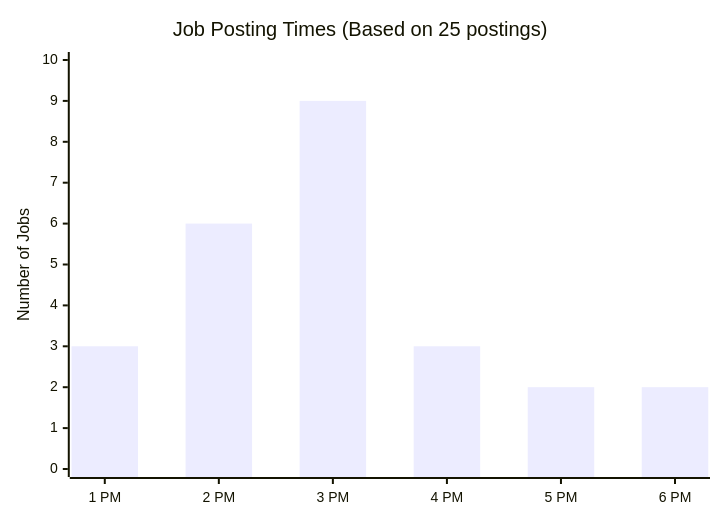
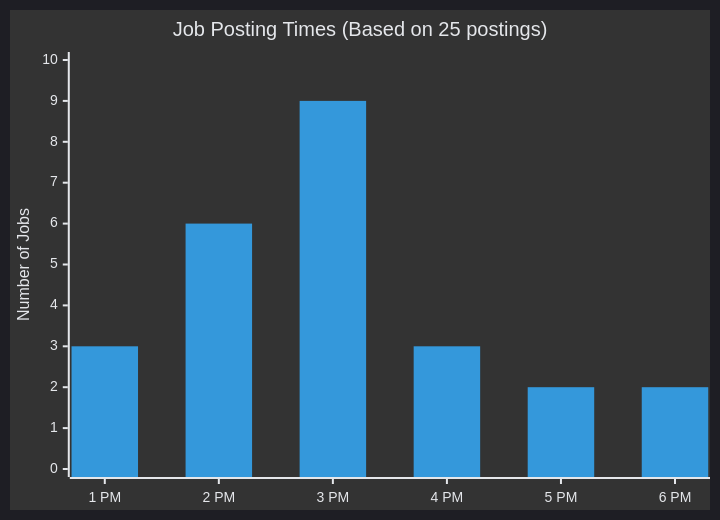
Before and after one commit to pazatek/rp-internships: the diagram in README.md, drawn with Mermaid. The commit also changed other lines of this file and 1 other file, not shown here.

Commit message:
Add dark theme to Mermaid chart with better colors

````diff
--- a/README.md
+++ b/README.md
@@ -43,7 +43,8 @@
 ```mermaid
+%%{init: {'theme':'dark', 'themeVariables': { 'primaryColor':'#6366f1', 'primaryTextColor':'#e5e7eb', 'primaryBorderColor':'#4b5563', 'lineColor':'#8b5cf6', 'secondaryColor':'#10b981', 'tertiaryColor':'#f59e0b'}}}%%
 xychart-beta
     title "Job Posting Times (Based on 25 postings)"
     x-axis ["1 PM", "2 PM", "3 PM", "4 PM", "5 PM", "6 PM"]
     y-axis "Number of Jobs" 0 --> 10
     bar [3, 6, 9, 3, 2, 2]
 ```
````
